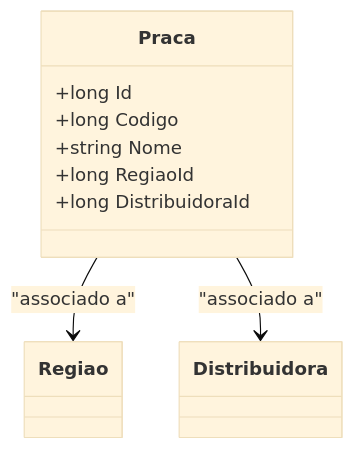
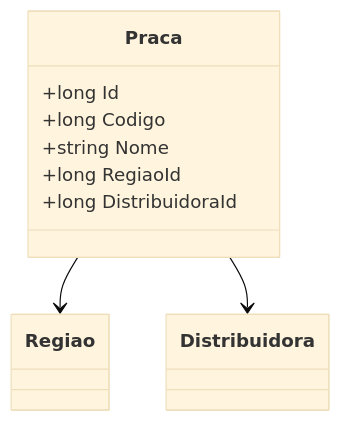
Before and after one commit to IsthmusSistemas/documentacao-tecnica: the diagram in docs/b2b-dominio/IsthmusWinthor.Nucleo/IsthmusWinthor.Dominio/Entidades/Praca.md, drawn with Mermaid (base theme). The commit also changed other lines of this file and 882 other files, not shown here.

````diff
--- a/docs/b2b-dominio/IsthmusWinthor.Nucleo/IsthmusWinthor.Dominio/Entidades/Praca.md
+++ b/docs/b2b-dominio/IsthmusWinthor.Nucleo/IsthmusWinthor.Dominio/Entidades/Praca.md
@@ -22,14 +23,12 @@
 ```mermaid
 classDiagram
     class Praca {
         +long Id
         +long Codigo
         +string Nome
         +long RegiaoId
         +long DistribuidoraId
     }
-    class Regiao
-    class Distribuidora
-    Praca --> Regiao : "associado a"
-    Praca --> Distribuidora : "associado a"
+    Praca --> Regiao
+    Praca --> Distribuidora
 ```
````
